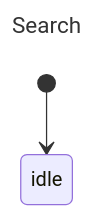
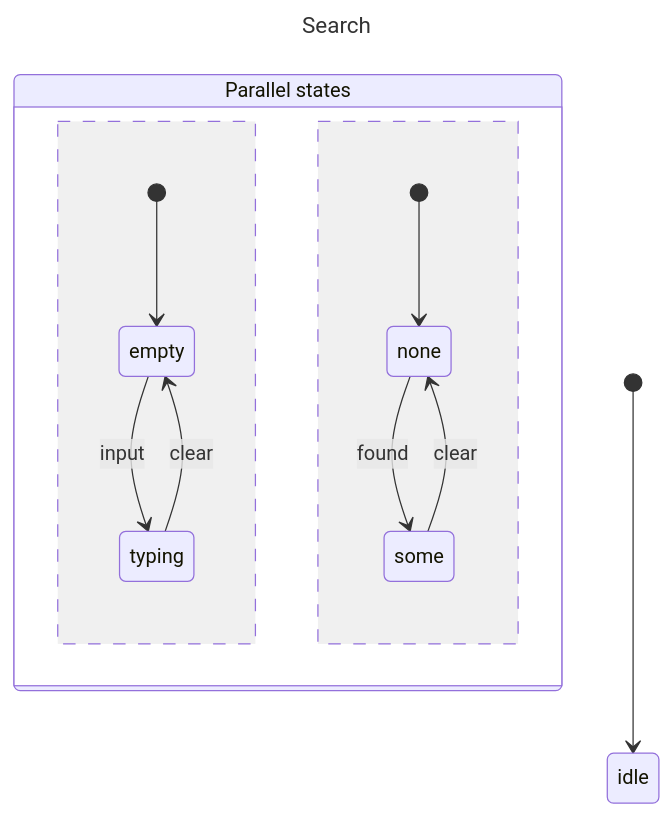
The second of 2 diagrams in docs/concepts/parallel.md (Masquerade-Circus/x-robot), drawn with Mermaid before and after one commit. The commit also changed other lines of this file and 64 other files, not shown here.

First line of the commit message:
refactor(documentate): expand documentate diagram exports

````diff
--- a/docs/concepts/parallel.md
+++ b/docs/concepts/parallel.md
@@ -73,19 +91,37 @@
 ```mermaid
 ---
 title: Search
 ---
 
 stateDiagram-v2
 direction TB
 
 classDef danger fill:#f8d7da,stroke:#721c24,stroke-width:2px,text-align:left,color:#721c24
 classDef warning fill:#fff3cd,stroke:#856404,stroke-width:2px,text-align:left,color:#856404
 classDef success fill:#d4edda,stroke:#155724,stroke-width:2px,text-align:left,color:#155724
 classDef primary fill:#cce5ff,stroke:#004085,stroke-width:2px,text-align:left,color:#004085
 classDef info fill:#d1ecf1,stroke:#0c5460,stroke-width:2px,text-align:left,color:#0c5460
 classDef def fill:#f8f9fa,stroke:#6c757d,stroke-width:2px,text-align:left,color:#6c757d
 
+state "Parallel states" as SearchParallelStates
+state SearchParallelStates {
+  state "empty" as SearchQueryEmpty
+  state "typing" as SearchQueryTyping
+
+
+  [*] --> SearchQueryEmpty
+  SearchQueryEmpty --> SearchQueryTyping: input
+  SearchQueryTyping --> SearchQueryEmpty: clear
+  --
+  state "none" as SearchResultsNone
+  state "some" as SearchResultsSome
+
+
+  [*] --> SearchResultsNone
+  SearchResultsNone --> SearchResultsSome: found
+  SearchResultsSome --> SearchResultsNone: clear
+}
 
 
 [*] --> idle
 ```
````
